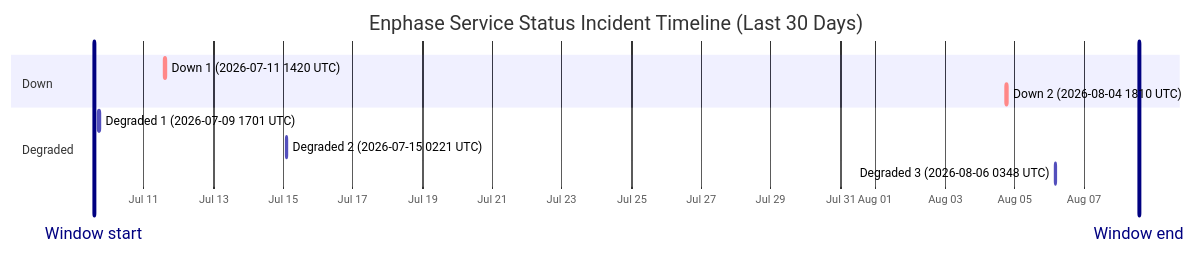
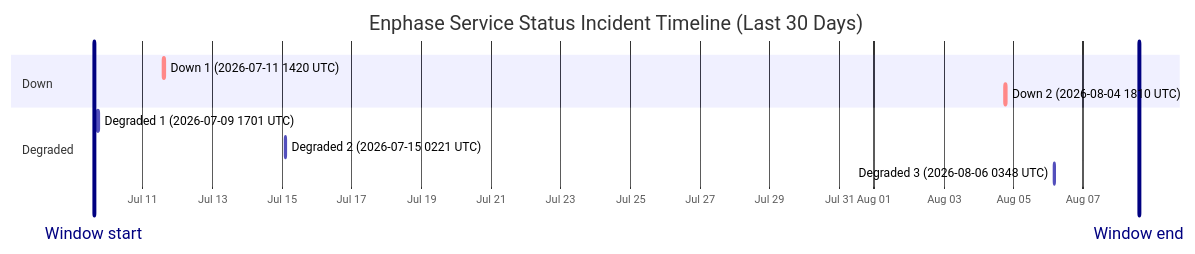
The diagram in wiki/Service-Status-History.md (barneyonline/ha-enphase-energy), drawn with Mermaid before and after one commit. The commit also changed other lines of this file and 3 other files, not shown here.

````diff
--- a/wiki/Service-Status-History.md
+++ b/wiki/Service-Status-History.md
@@ -14,15 +14,15 @@
 ```mermaid
 gantt
     title Enphase Service Status Incident Timeline (Last 30 Days)
     dateFormat  YYYY-MM-DDTHH:mm:ss
     axisFormat  %b %d
-    Window start :vert, window-start, 2026-07-09T13:43:33, 0ms
-    Window end :vert, window-end, 2026-08-08T13:43:33, 0ms
+    Window start :vert, window-start, 2026-07-09T14:30:05, 0ms
+    Window end :vert, window-end, 2026-08-08T14:30:05, 0ms
     section Down
     Down 1 (2026-07-11 1420 UTC) :crit, down-1, 2026-07-11T14:20:54, 69m
     Down 2 (2026-08-04 1810 UTC) :crit, down-2, 2026-08-04T18:10:46, 60m
     section Degraded
     Degraded 1 (2026-07-09 1701 UTC) :active, degraded-1, 2026-07-09T17:01:02, 60m
     Degraded 2 (2026-07-15 0221 UTC) :active, degraded-2, 2026-07-15T02:21:35, 60m
     Degraded 3 (2026-08-06 0348 UTC) :active, degraded-3, 2026-08-06T03:48:14, 60m
 ```
````
